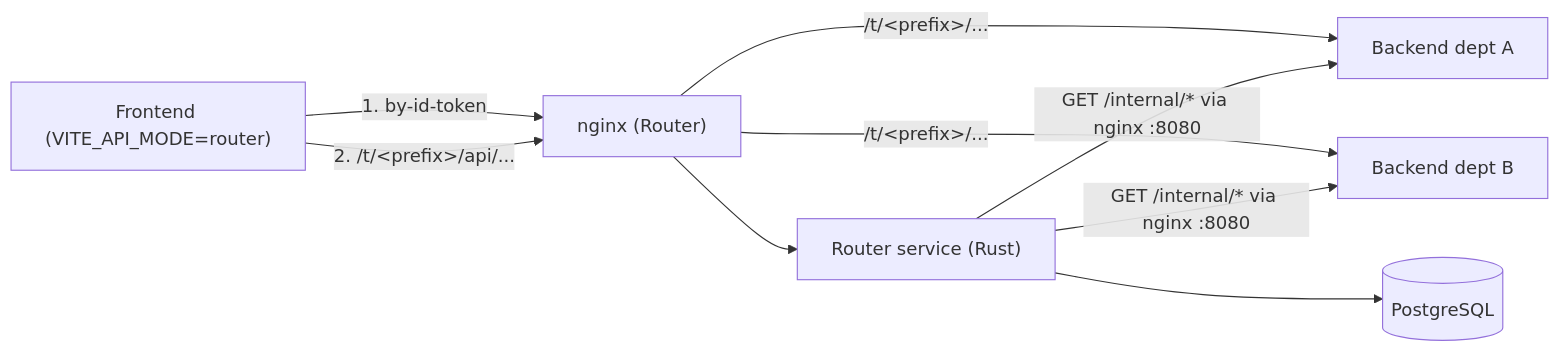
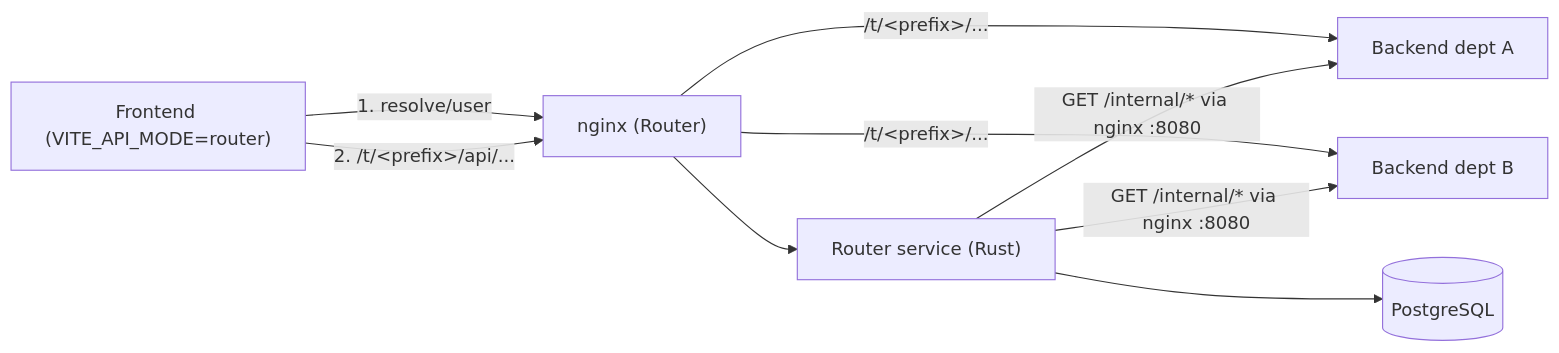
Before and after one commit to angustino88/router: the diagram in README.md, drawn with Mermaid. The commit also changed other lines of this file and 19 other files, not shown here.

````diff
--- a/README.md
+++ b/README.md
@@ -14,11 +14,11 @@
 ```mermaid
 flowchart LR
-    FE["Frontend (VITE_API_MODE=router)"] -->|"1. by-id-token"| NG["nginx (Router)"]
+    FE["Frontend (VITE_API_MODE=router)"] -->|"1. resolve/user"| NG["nginx (Router)"]
     FE -->|"2. /t/&lt;prefix&gt;/api/..."| NG
     NG --> RT["Router service (Rust)"]
     NG -->|"/t/&lt;prefix&gt;/..."| B1["Backend dept A"]
     NG -->|"/t/&lt;prefix&gt;/..."| B2["Backend dept B"]
     RT -->|"GET /internal/* via nginx :8080"| B1
     RT -->|"GET /internal/* via nginx :8080"| B2
     RT --> DB[("PostgreSQL")]
 ```
````
